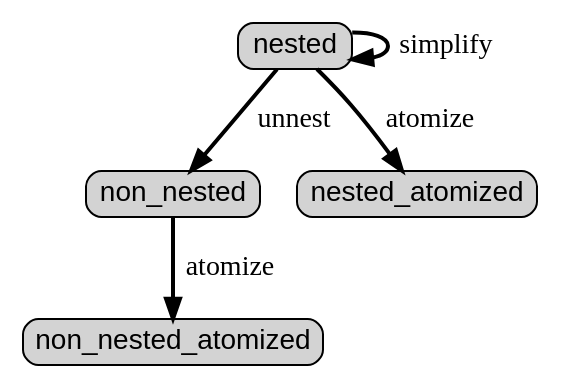
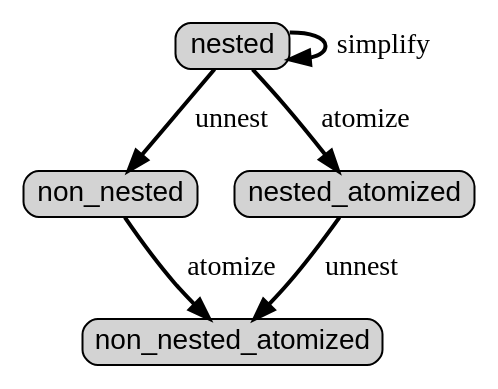
One commit to bredelings/MCON changed the diagram in convert.dot. Above: the diagram before and after it, drawn with Graphviz.

```diff
--- a/convert.dot
+++ b/convert.dot
@@ -1,14 +1,16 @@
 digraph "token0" {
 graph [ranksep=0.25, fontname=Arial,  nodesep=0.25, ranksep=0.5];
 node [fontname=Arial, style="rounded,filled", height=0, width=0, shape=box];
 edge [style="setlinewidth(2)"];
 #comment
 
+nested -> nested [label="simplify"]
+
+# Do "atomize" and "unnest" commute?
+
 nested -> non_nested [label="unnest"]
-
 nested -> nested_atomized [label="atomize"]
-nested -> nested [label="simplify"]
 non_nested -> non_nested_atomized [label="atomize"]
-
+nested_atomized -> non_nested_atomized [label="unnest"]
 
 }
```
